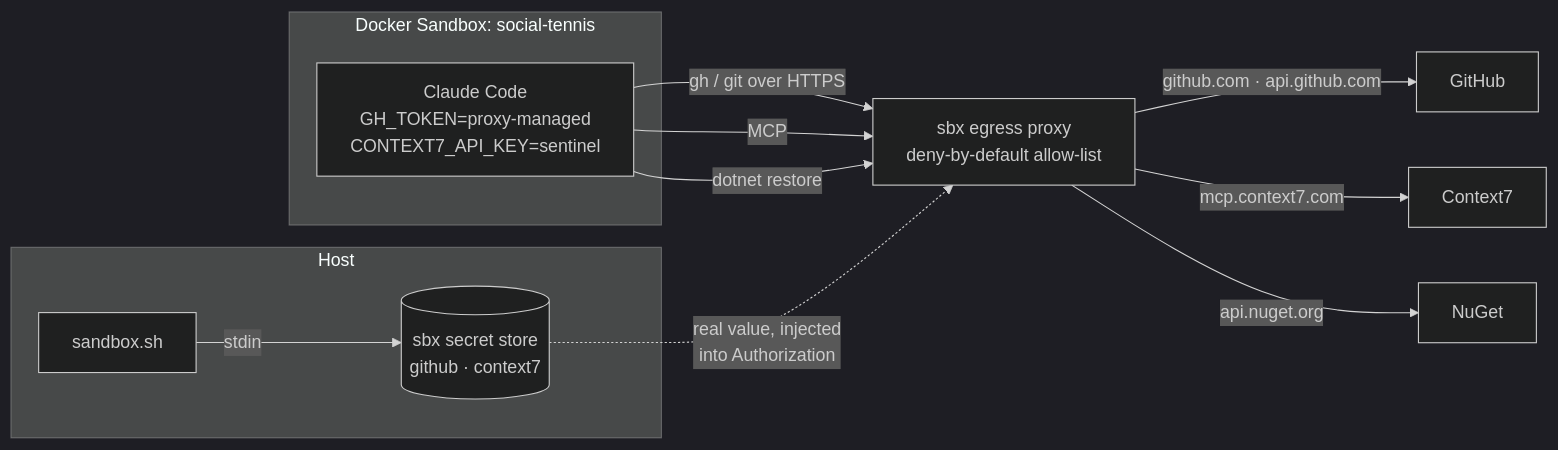
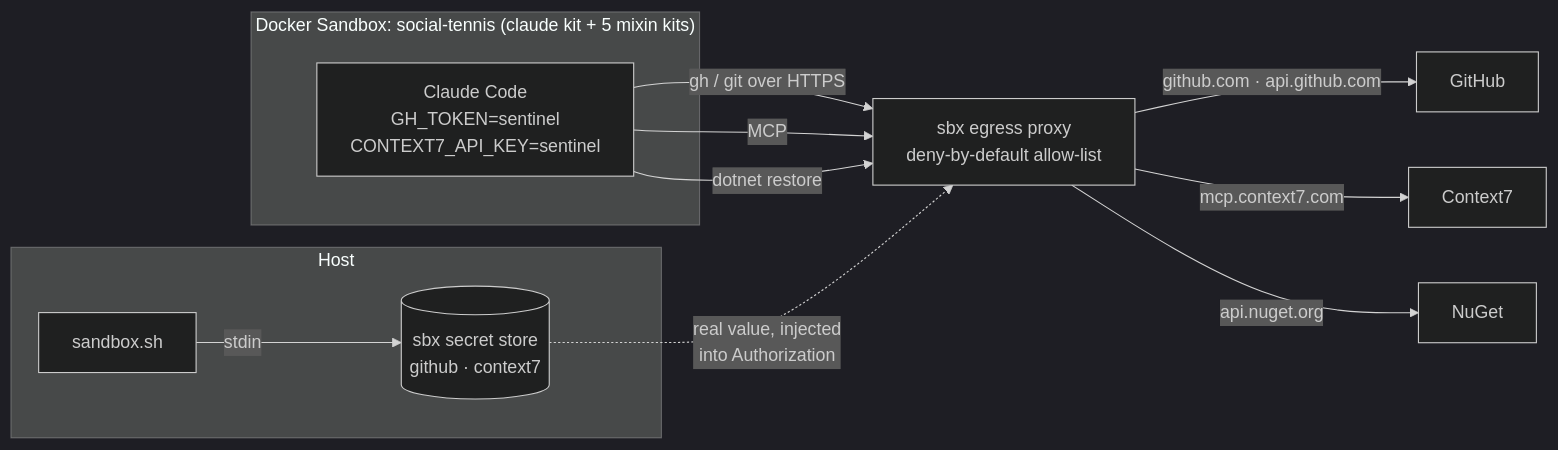
The sixth of 11 diagrams in docs/architecture.md (l1em1on1/social-tennis), drawn with Mermaid (dark theme) before and after one commit. The commit also changed other lines of this file and 16 other files, not shown here.

First line of the commit message:
Sandbox kits move to v3; the template becomes a toolchain kit (#175) (#178)

````diff
--- a/docs/architecture.md
+++ b/docs/architecture.md
@@ -275,17 +278,17 @@
 ```mermaid
 flowchart LR
     subgraph host ["Host"]
         S["sandbox.sh"] -->|"stdin"| SS[("sbx secret store<br/>github · context7")]
     end
-    subgraph sbx ["Docker Sandbox: social-tennis"]
-        C["Claude Code<br/>GH_TOKEN=proxy-managed<br/>CONTEXT7_API_KEY=sentinel"]
+    subgraph sbx ["Docker Sandbox: social-tennis (claude kit + 5 mixin kits)"]
+        C["Claude Code<br/>GH_TOKEN=sentinel<br/>CONTEXT7_API_KEY=sentinel"]
     end
     PX["sbx egress proxy<br/>deny-by-default allow-list"]
     C -->|"gh / git over HTTPS"| PX
     C -->|"MCP"| PX
     C -->|"dotnet restore"| PX
     SS -.->|"real value, injected<br/>into Authorization"| PX
     PX -->|"github.com · api.github.com"| GH[GitHub]
     PX -->|"mcp.context7.com"| C7[Context7]
     PX -->|"api.nuget.org"| NG[NuGet]
 ```
````
